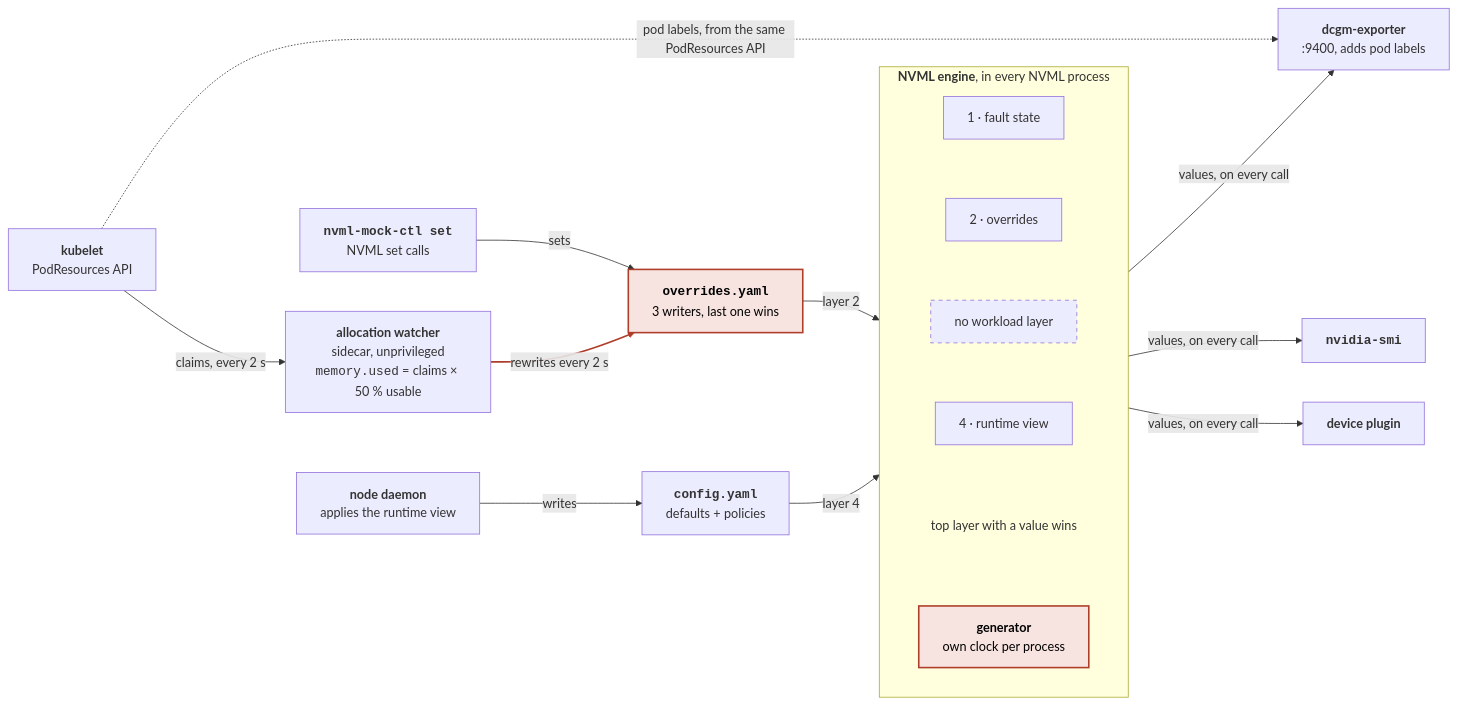
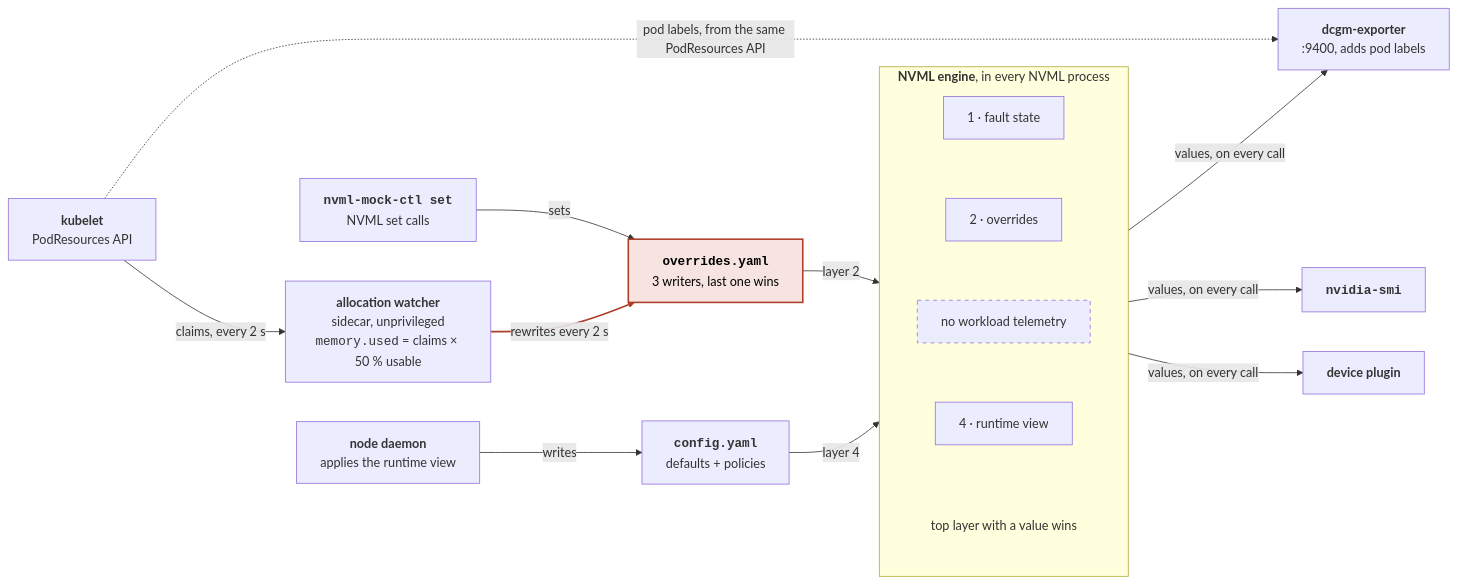
One commit to NVIDIA/k8s-test-infra changed the fourth of 10 diagrams in enhancements/meps/0008-fgo-integration/README.md. Above: the diagram before and after it, drawn with Mermaid. The commit also changed other lines of this file, not shown here.

````diff
--- a/enhancements/meps/0008-fgo-integration/README.md
+++ b/enhancements/meps/0008-fgo-integration/README.md
@@ -970,43 +975,42 @@
 ```mermaid
 flowchart LR
     kubelet["<b>kubelet</b><br/>PodResources API"]
 
     ctl["<b><code>nvml-mock-ctl set</code></b><br/>NVML set calls"]
     watcher["<b>allocation watcher</b><br/>sidecar, unprivileged<br/><code>memory.used</code> = claims × 50 % usable"]
     daemon["<b>node daemon</b><br/>applies the runtime view"]
 
     overrides["<b><code>overrides.yaml</code></b><br/>3 writers, last one wins"]
     config["<b><code>config.yaml</code></b><br/>defaults + policies"]
 
     subgraph engine["<b>NVML engine</b>, in every NVML process"]
         direction TB
         l1["1 · fault state"]
         l2["2 · overrides"]
-        l3["no workload layer"]
+        l3["no workload telemetry"]
         l4["4 · runtime view"]
         rule["top layer with a value wins"]
-        gen["<b>generator</b><br/>own clock per process"]
-        l1 ~~~ l2 ~~~ l3 ~~~ l4 ~~~ rule ~~~ gen
+        l1 ~~~ l2 ~~~ l3 ~~~ l4 ~~~ rule
     end
 
     dcgm["<b>dcgm-exporter</b><br/>:9400, adds pod labels"]
     smi["<b><code>nvidia-smi</code></b>"]
     dp["<b>device plugin</b>"]
 
     kubelet ~~~ ctl
     kubelet ~~~ daemon
     kubelet -->|"claims, every 2 s"| watcher
     ctl -->|"sets"| overrides
     watcher -->|"rewrites every 2 s"| overrides
     daemon -->|"writes"| config
     overrides -->|"layer 2"| engine
     config -->|"layer 4"| engine
     engine -->|"values, on every call"| dcgm & smi & dp
     kubelet -.->|"pod labels, from the same PodResources API"| dcgm
 
     classDef todayOnly fill:#f7e4e0,stroke:#ae3d2a,stroke-width:2px,color:#000
-    class overrides,gen todayOnly
+    class overrides todayOnly
     style l3 stroke-dasharray: 5 5
     style rule fill:none,stroke:none
-    linkStyle 9 stroke:#ae3d2a,stroke-width:2px
+    linkStyle 8 stroke:#ae3d2a,stroke-width:2px
 ```
````
